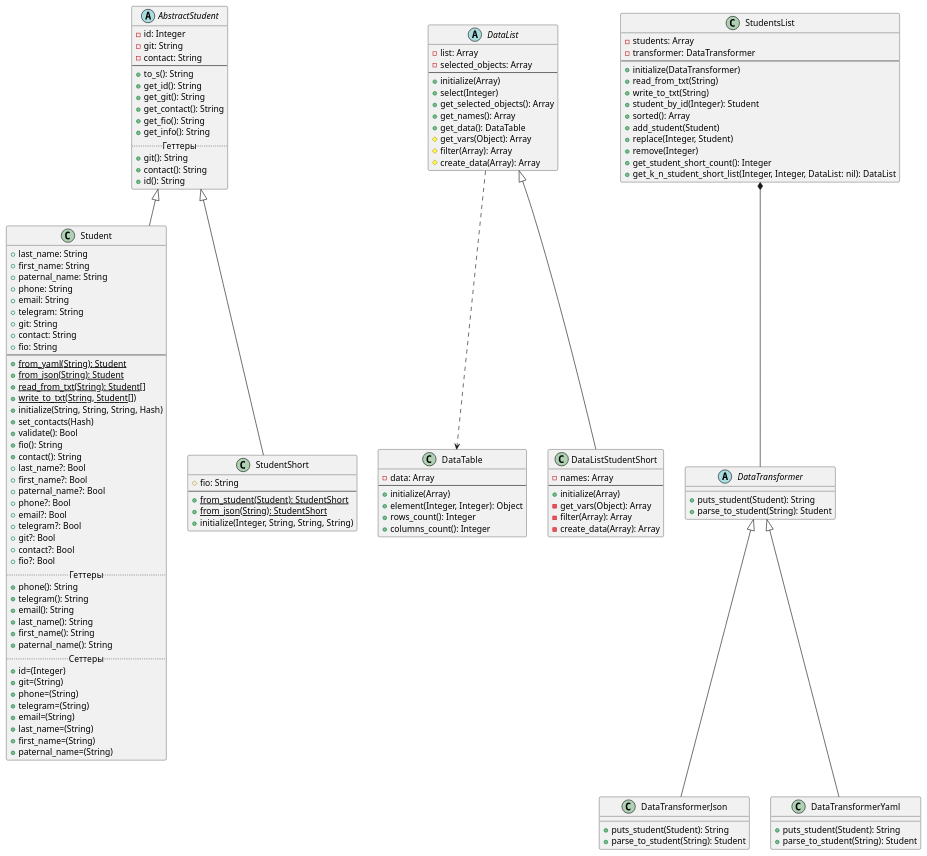
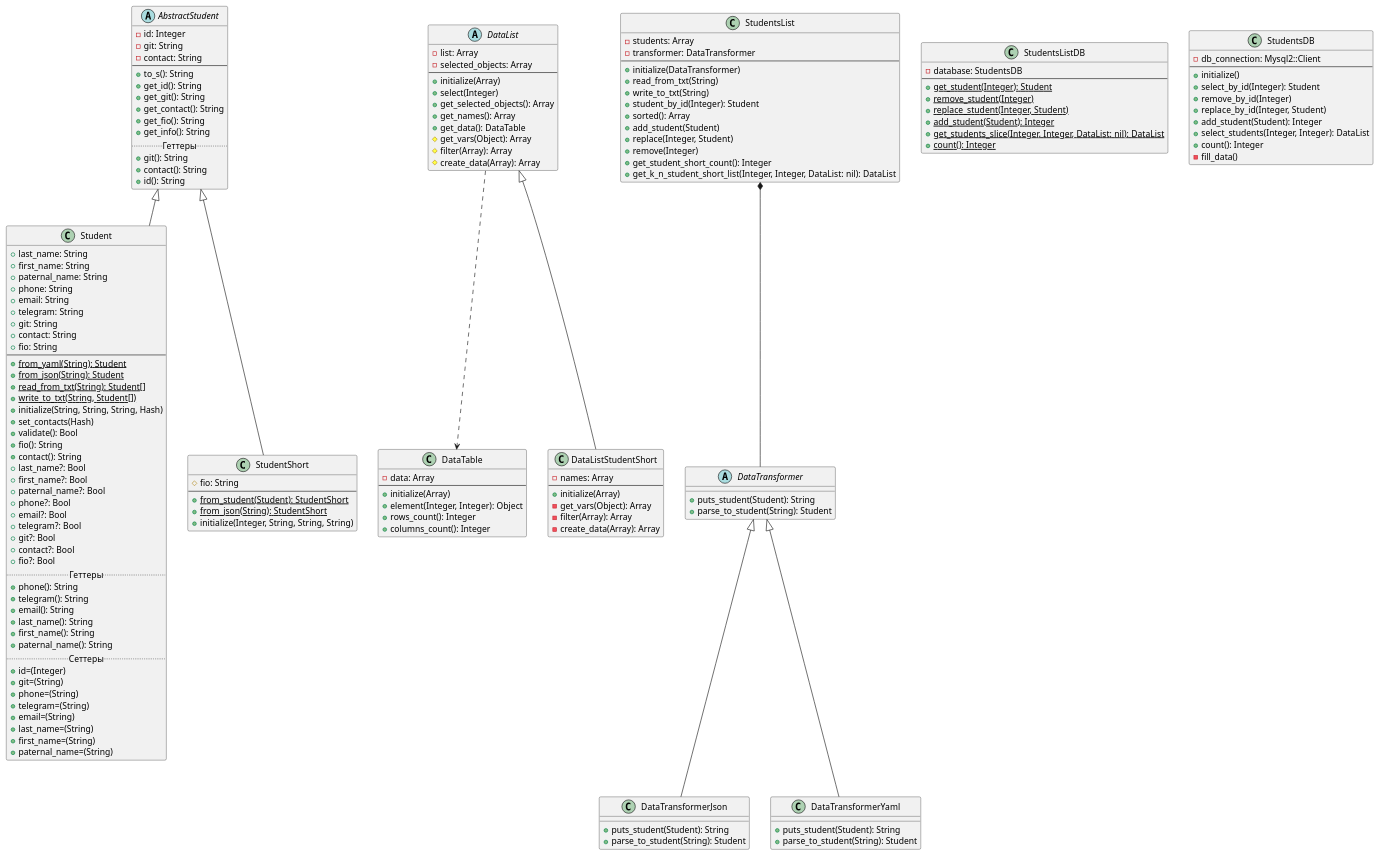
The diagram in LAB2/lab2.puml (iamgirya/Programm_patterns_Ruby), drawn with PlantUML before and after one commit. The commit also changed 2 other files, not shown here.

```diff
--- a/LAB2/lab2.puml
+++ b/LAB2/lab2.puml
@@ -1,134 +1,159 @@
 @startuml
 'https://plantuml.com/class-diagram
 
 abstract class AbstractStudent {
     -id: Integer
     -git: String
     -contact: String
     --
     +to_s(): String
     +get_id(): String
     +get_git(): String
     +get_contact(): String
     +get_fio(): String
     +get_info(): String
     .. Геттеры ..
     +git(): String
     +contact(): String
     +id(): String
 }
 class Student extends AbstractStudent {
     +last_name: String
     +first_name: String
     +paternal_name: String
     +phone: String
     +email: String
     +telegram: String
     +git: String
     +contact: String
     +fio: String
     --
     +{static}from_yaml(String): Student
     +{static}from_json(String): Student
     +{static}read_from_txt(String): Student[]
     +{static}write_to_txt(String, Student[])
     +initialize(String, String, String, Hash)
     +set_contacts(Hash)
     +validate(): Bool
     +fio(): String
     +contact(): String
     +last_name?: Bool
     +first_name?: Bool
     +paternal_name?: Bool
     +phone?: Bool
     +email?: Bool
     +telegram?: Bool
     +git?: Bool
     +contact?: Bool
     +fio?: Bool
     .. Геттеры ..
     +phone(): String
     +telegram(): String
     +email(): String
     +last_name(): String
     +first_name(): String
     +paternal_name(): String
     .. Сеттеры ..
     +id=(Integer)
     +git=(String)
     +phone=(String)
     +telegram=(String)
     +email=(String)
     +last_name=(String)
     +first_name=(String)
     +paternal_name=(String)
 }
 class StudentShort extends AbstractStudent {
     #fio: String
     --
     +{static}from_student(Student): StudentShort
     +{static}from_json(String): StudentShort
     +initialize(Integer, String, String, String)
 }
 class DataTable {
     -data: Array
     --
     +initialize(Array)
     +element(Integer, Integer): Object
     +rows_count(): Integer
     +columns_count(): Integer
 }
 abstract class DataList {
     -list: Array
     -selected_objects: Array
     --
     +initialize(Array)
     +select(Integer)
     +get_selected_objects(): Array
     +get_names(): Array
     +get_data(): DataTable
     #get_vars(Object): Array
     #filter(Array): Array
     #create_data(Array): Array
 }
 class DataListStudentShort extends DataList {
     -names: Array
     --
     +initialize(Array)
     -get_vars(Object): Array
     -filter(Array): Array
     -create_data(Array): Array
 }
 
 class StudentsList {
     -students: Array
     -transformer: DataTransformer
     --
     +initialize(DataTransformer)
     +read_from_txt(String)
     +write_to_txt(String)
     +student_by_id(Integer): Student
     +sorted(): Array
     +add_student(Student)
     +replace(Integer, Student)
     +remove(Integer)
     +get_student_short_count(): Integer
     +get_k_n_student_short_list(Integer, Integer, DataList: nil): DataList
 }
 
 abstract class DataTransformer {
     +puts_student(Student): String
     +parse_to_student(String): Student
 }
 
 class DataTransformerJson extends DataTransformer {
     +puts_student(Student): String
     +parse_to_student(String): Student
 }
 class DataTransformerYaml extends DataTransformer {
     +puts_student(Student): String
     +parse_to_student(String): Student
 }
+
+class StudentsListDB {
+    -database: StudentsDB
+    --
+    +{static}get_student(Integer): Student
+    +{static}remove_student(Integer)
+    +{static}replace_student(Integer, Student)
+    +{static}add_student(Student): Integer
+    +{static}get_students_slice(Integer, Integer, DataList: nil): DataList
+    +{static}count(): Integer
+}
+
+class StudentsDB {
+    -db_connection: Mysql2::Client
+    --
+    +initialize()
+    +select_by_id(Integer): Student
+    +remove_by_id(Integer)
+    +replace_by_id(Integer, Student)
+    +add_student(Student): Integer
+    +select_students(Integer, Integer): DataList
+    +count(): Integer
+    -fill_data()
+}
+
 DataList ..> DataTable
 StudentsList *-- DataTransformer
 @enduml
```
